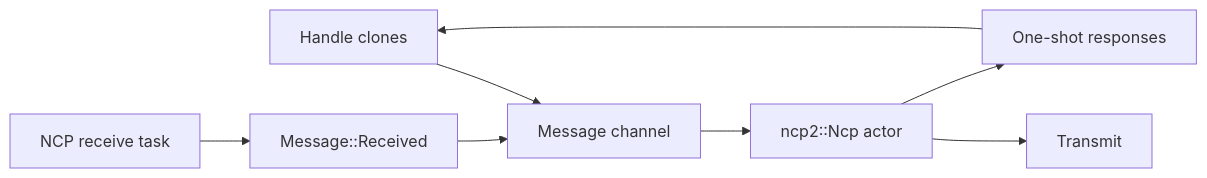
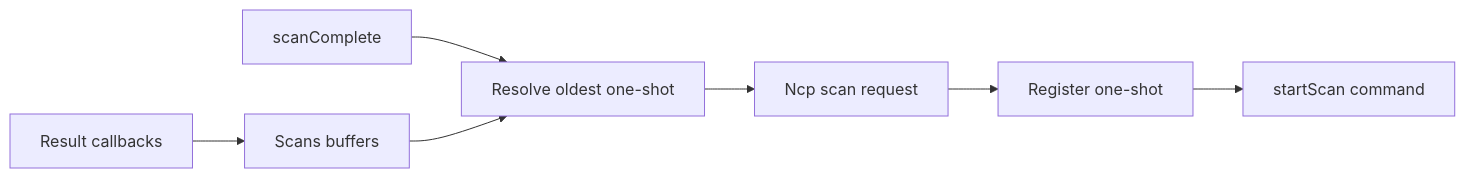
The fourth of 7 diagrams in ARCHITECTURE.md (PaulmannLighting/ezsp), drawn with Mermaid before and after one commit. The commit also changed other lines of this file and 37 other files, not shown here.

````diff
--- a/ARCHITECTURE.md
+++ b/ARCHITECTURE.md
@@ -141,10 +226,9 @@
 ```mermaid
 flowchart LR
-    callers[Handle clones] --> inbox[Message channel]
-    inbox --> actor[ncp2::Ncp actor]
-    actor --> transmit[Transmit]
-    transport[NCP receive task] --> received[Message::Received]
-    received --> inbox
-    actor --> replies[One-shot responses]
-    replies --> callers
+    request[Ncp scan request] --> register[Register one-shot]
+    register --> command[startScan command]
+    callbacks[Result callbacks] --> buffer[Scans buffers]
+    complete[scanComplete] --> resolve[Resolve oldest one-shot]
+    buffer --> resolve
+    resolve --> request
 ```
````
